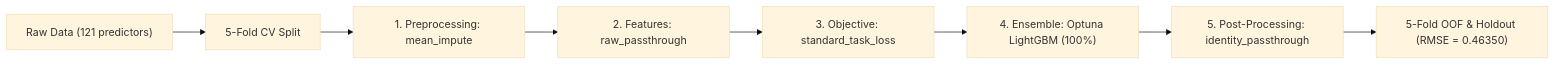
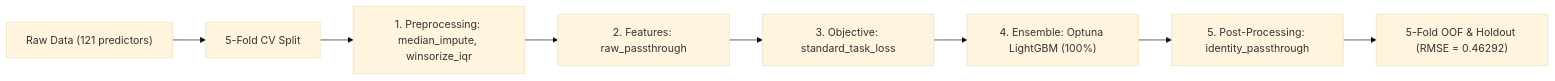
The diagram in README.md (stefanoclss/UM-Game-Playing-Strength-of-MCTS-Variants), drawn with Mermaid (base theme) before and after one commit. The commit also changed other lines of this file, not shown here.

First line of the commit message:
docs(readme): refresh verified OOF benchmark & build ledger (RMSE=0.46292)

````diff
--- a/README.md
+++ b/README.md
@@ -69,10 +70,10 @@
 ```mermaid
 flowchart LR
     DATA["Raw Data (121 predictors)"] --> SPLIT["5-Fold CV Split"]
-    SPLIT --> PRE["1. Preprocessing: mean_impute"]
+    SPLIT --> PRE["1. Preprocessing: median_impute, winsorize_iqr"]
     PRE --> FEAT["2. Features: raw_passthrough"]
     FEAT --> OBJ["3. Objective: standard_task_loss"]
     OBJ --> M0["4. Ensemble: Optuna LightGBM (100%)"]
     M0 --> POST["5. Post-Processing: identity_passthrough"]
-    POST --> OUT["5-Fold OOF & Holdout (RMSE = 0.46350)"]
+    POST --> OUT["5-Fold OOF & Holdout (RMSE = 0.46292)"]
 ```
````
